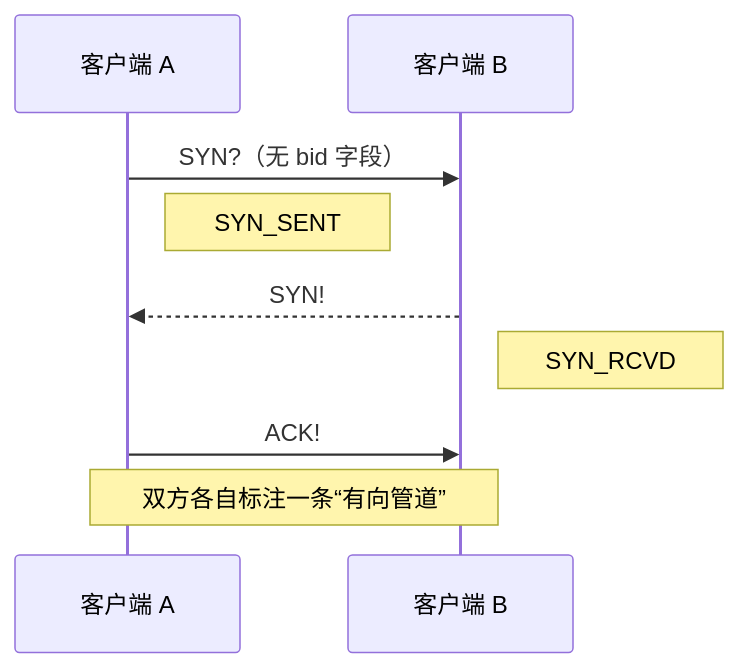
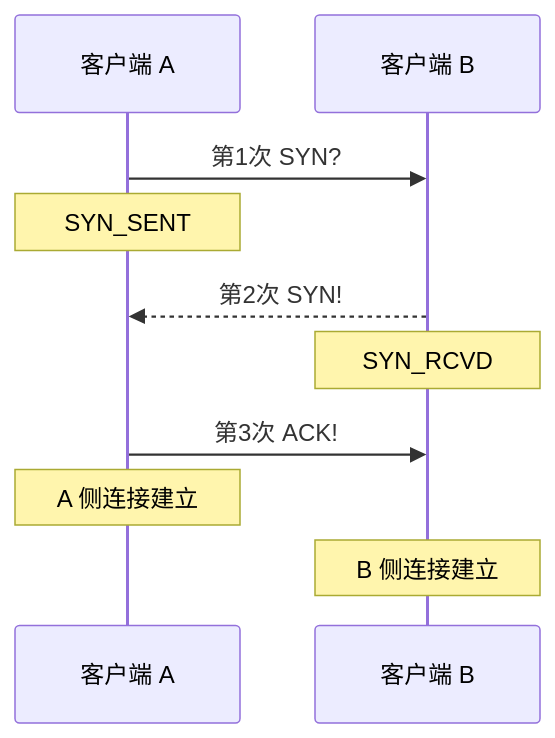
The third of 7 diagrams in docs/design-workflow.zh-CN.md (moky/magpie-bridge), drawn with Mermaid before and after one commit. The commit also changed other lines of this file and 5 other files, not shown here.

Commit message:
docs: regenerate from ai/ tasks with mermaid diagrams

````diff
--- a/docs/design-workflow.zh-CN.md
+++ b/docs/design-workflow.zh-CN.md
@@ -26,11 +55,12 @@
 ```mermaid
 sequenceDiagram
     participant A as 客户端 A
     participant B as 客户端 B
-    A->>B: SYN?（无 bid 字段）
-    Note right of A: SYN_SENT
-    B-->>A: SYN!
-    Note right of B: SYN_RCVD
-    A->>B: ACK!
-    Note over A,B: 双方各自标注一条“有向管道”
+    A->>B: 第1次 SYN?
+    Note over A: SYN_SENT
+    B-->>A: 第2次 SYN!
+    Note over B: SYN_RCVD
+    A->>B: 第3次 ACK!
+    Note over A: A 侧连接建立
+    Note over B: B 侧连接建立
 ```
````
